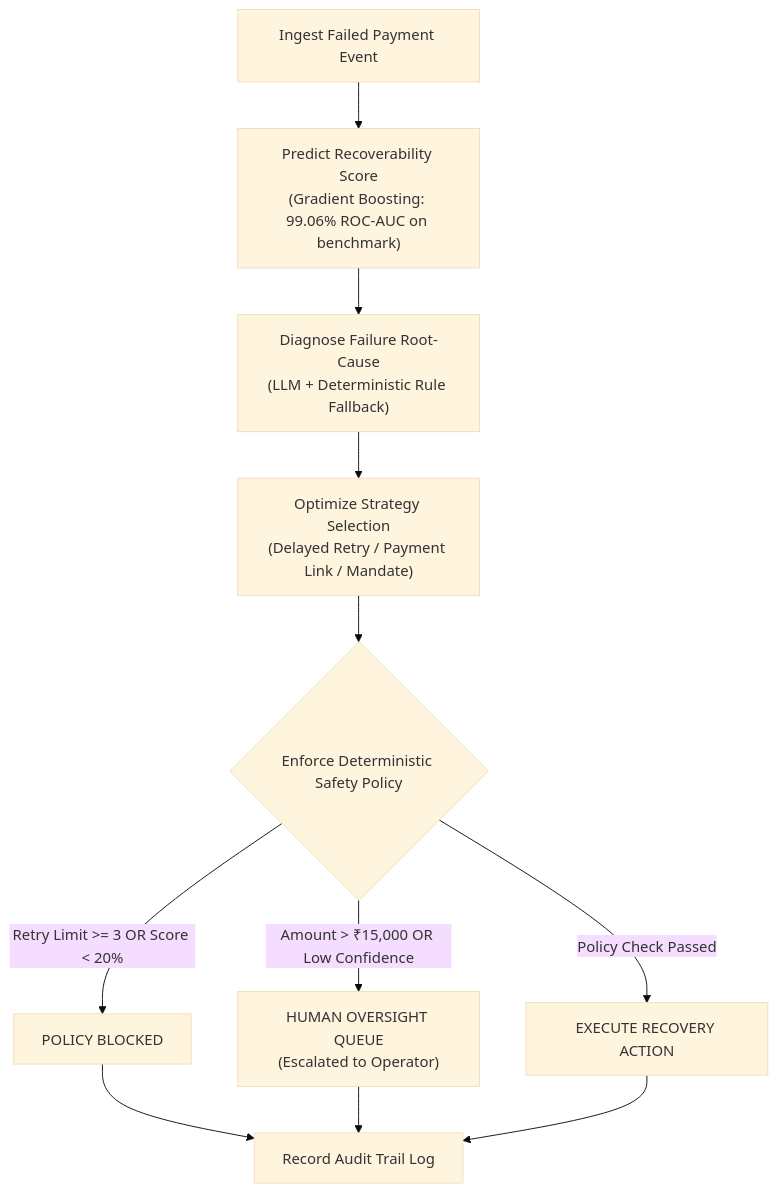
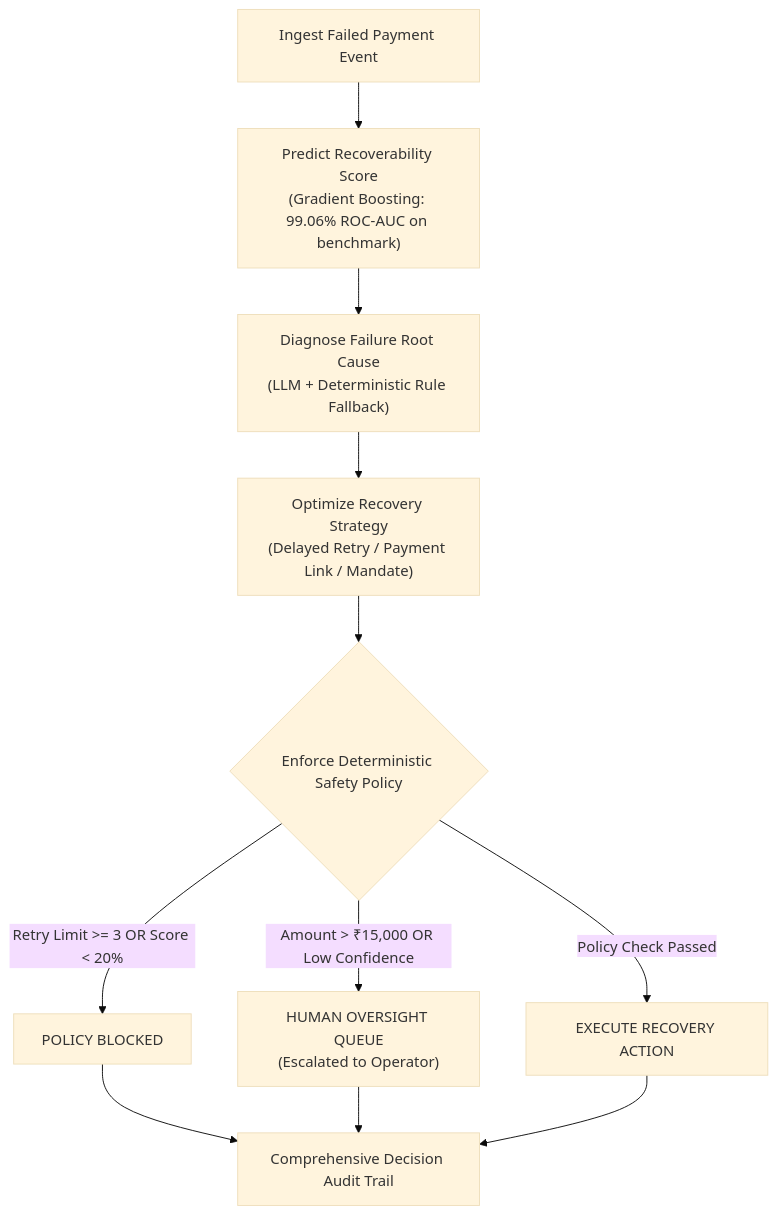
Before and after one commit to manugandham27/Revenue-recovery-engine: the diagram in README.md, drawn with Mermaid (base theme). The commit also changed other lines of this file and 2 other files, not shown here.

Commit message:
docs: finalize 17-point positioning update (Comprehensive Decision Audit Trail, benchmark context, natural and confident wording)

````diff
--- a/README.md
+++ b/README.md
@@ -42,15 +46,15 @@
 ```mermaid
 flowchart TD
     A["Ingest Failed Payment Event"] --> B["Predict Recoverability Score<br/>(Gradient Boosting: 99.06% ROC-AUC on benchmark)"]
-    B --> C["Diagnose Failure Root-Cause<br/>(LLM + Deterministic Rule Fallback)"]
-    C --> D["Optimize Strategy Selection<br/>(Delayed Retry / Payment Link / Mandate)"]
+    B --> C["Diagnose Failure Root Cause<br/>(LLM + Deterministic Rule Fallback)"]
+    C --> D["Optimize Recovery Strategy<br/>(Delayed Retry / Payment Link / Mandate)"]
     D --> E{"Enforce Deterministic Safety Policy"}
     
     E -- "Retry Limit >= 3 OR Score < 20%" --> F["POLICY BLOCKED"]
     E -- "Amount > ₹15,000 OR Low Confidence" --> G["HUMAN OVERSIGHT QUEUE<br/>(Escalated to Operator)"]
     E -- "Policy Check Passed" --> H["EXECUTE RECOVERY ACTION"]
     
-    F --> I["Record Audit Trail Log"]
+    F --> I["Comprehensive Decision Audit Trail"]
     G --> I
     H --> I
 ```
````
